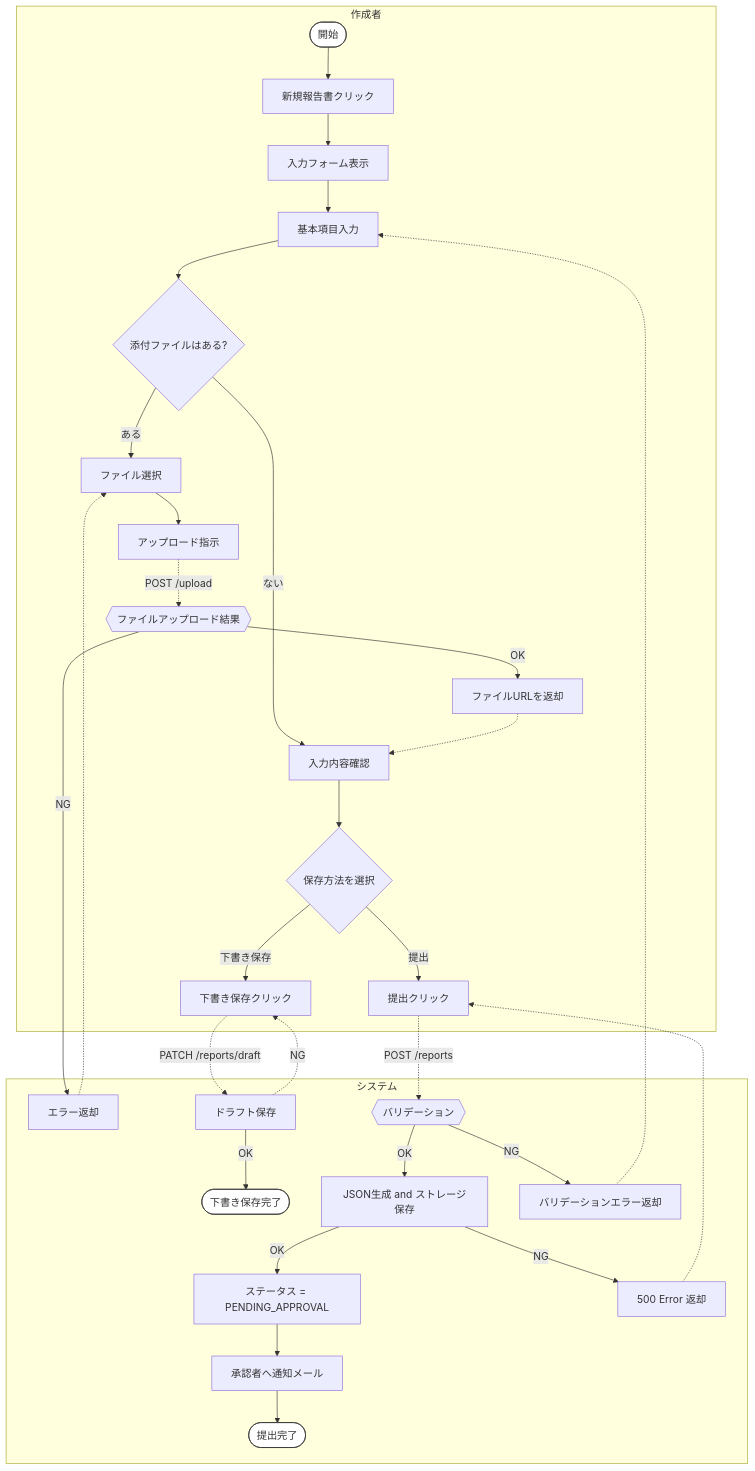
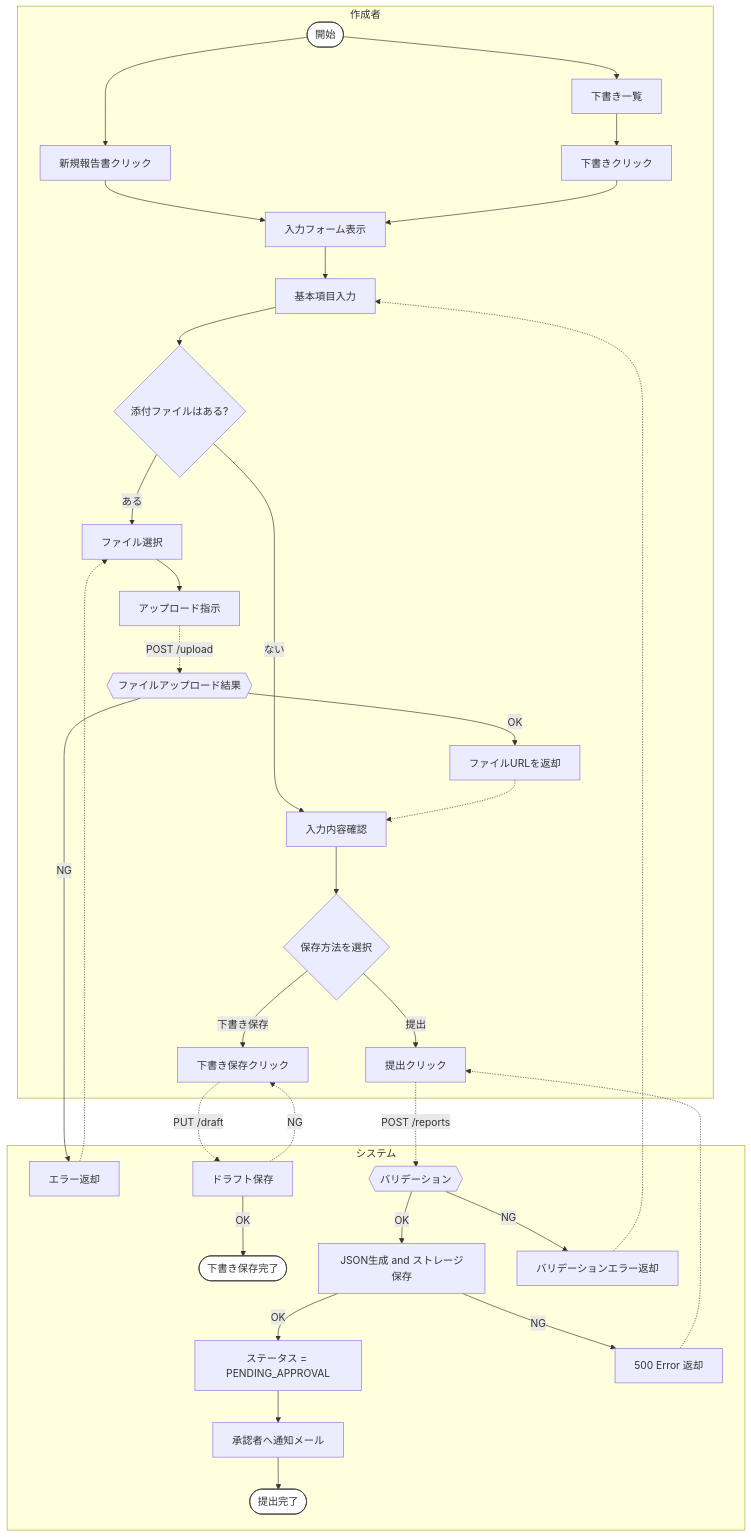
One commit to MineyamaHiyori/detailed_architect changed the diagram in act.md. Above: the diagram before and after it, drawn with Mermaid.

Commit message:
Update act.md
下書きから始める場合のアクションを追加しました。

````diff
--- a/act.md
+++ b/act.md
@@ -1,37 +1,40 @@
 ```mermaid
 flowchart TD
   subgraph 作成者
     A0([開始]) --> A1["新規報告書クリック"]
+    A0 --> D0["下書き一覧"]
+    D0 --> D1["下書きクリック"]
     A1 --> A2["入力フォーム表示"]
+    D1 --> A2
     A2 --> A3["基本項目入力"]
     A3 --> A4{"添付ファイルはある?"}
     A4 -- ある --> A5["ファイル選択"]
     A5 --> A6["アップロード指示"]
     A4 -- ない --> A7["入力内容確認"]
     A6 -.->|POST /upload| S1
     S2 -.-> A7
     A7 --> A8{"保存方法を選択"}
     A8 -- 下書き保存 --> A9["下書き保存クリック"]
     A8 -- 提出 --> A10["提出クリック"]
   end
 
   subgraph システム
     S1{{ファイルアップロード結果}}
     S1 -- OK --> S2["ファイルURLを返却"]
     S1 -- NG --> S3["エラー返却"] -.-> A5
-    A9 -.-> |PATCH /reports/draft| S4["ドラフト保存"]
+    A9 -.-> |PUT /draft| S4["ドラフト保存"]
     S4 -- OK --> S5([下書き保存完了])
     A10 -.-> |POST /reports| S6{{バリデーション}}
     S6 -- OK --> S7["JSON生成 and ストレージ保存"]
     S7 -- OK --> S8["ステータス = PENDING_APPROVAL"]
     S8 --> S9["承認者へ通知メール"]
     S9 --> S10([提出完了])
     S6 -- NG  --> S11["バリデーションエラー返却"] -.-> A3
     S7 -- NG --> S12["500 Error 返却"] -.-> A10
     S4 -.->|NG| A9
   end
 
   %% --- スタイル定義 ---------------------------
   classDef term fill:#fff,stroke:#333;
   class A0,S5,S10 term;
 ```
````
